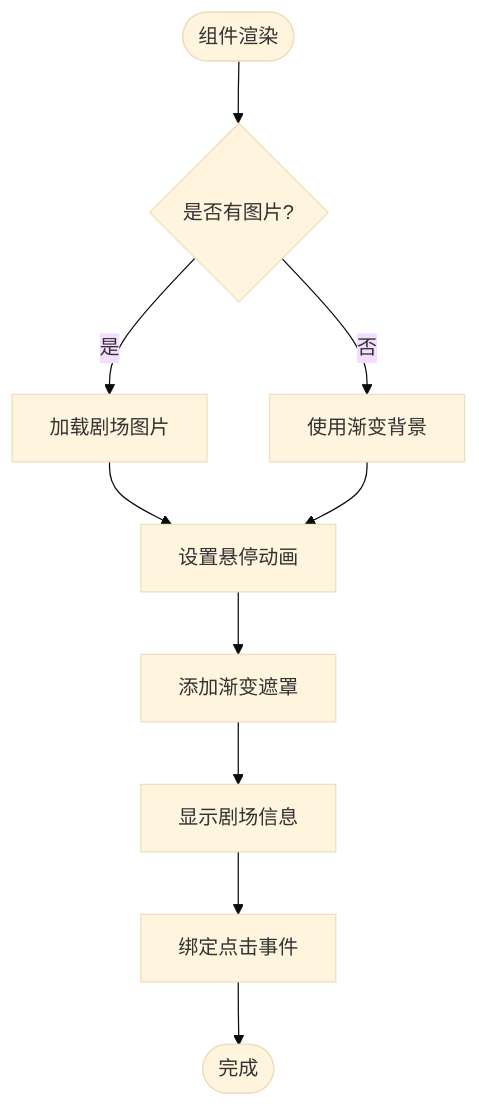
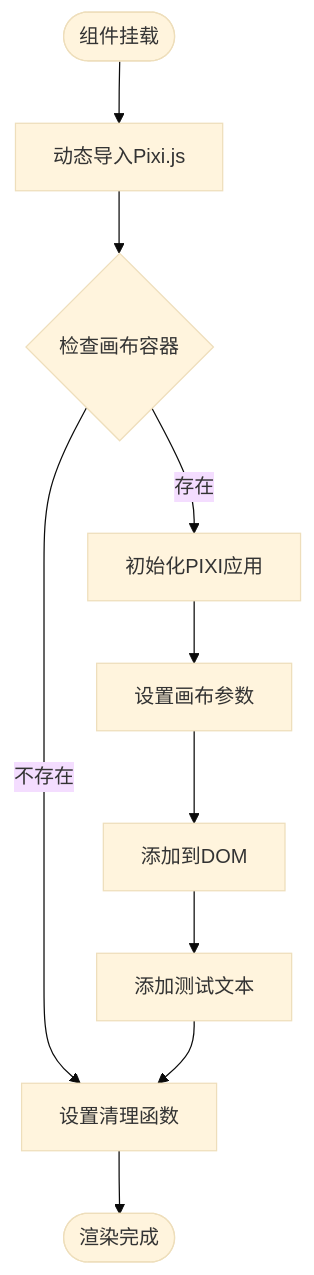
One commit to KunLabAI/KunFlix changed the third of 4 diagrams in .qoder/repowiki/zh/content/前端开发指南/游戏画布渲染系统.md. Above: the diagram before and after it, drawn with Mermaid (base theme). The commit also changed other lines of this file and 88 other files, not shown here.

````diff
--- a/.qoder/repowiki/zh/content/前端开发指南/游戏画布渲染系统.md
+++ b/.qoder/repowiki/zh/content/前端开发指南/游戏画布渲染系统.md
@@ -162,12 +164,12 @@
 ```mermaid
 flowchart TD
-Start(["组件渲染"]) --> CheckImage{"是否有图片?"}
-CheckImage --> |是| LoadImage["加载剧场图片"]
-CheckImage --> |否| GradientBG["使用渐变背景"]
-LoadImage --> HoverEffect["设置悬停动画"]
-GradientBG --> HoverEffect
-HoverEffect --> Overlay["添加渐变遮罩"]
-Overlay --> Content["显示剧场信息"]
-Content --> ClickHandler["绑定点击事件"]
-ClickHandler --> End(["完成"])
+Start(["组件挂载"]) --> DynamicImport["动态导入Pixi.js"]
+DynamicImport --> CheckCanvas{"检查画布容器"}
+CheckCanvas --> |存在| InitApplication["初始化PIXI应用"]
+CheckCanvas --> |不存在| Cleanup["清理并退出"]
+InitApplication --> SetCanvas["设置画布参数"]
+SetCanvas --> AppendCanvas["添加到DOM"]
+AppendCanvas --> AddText["添加测试文本"]
+AddText --> Cleanup["设置清理函数"]
+Cleanup --> End(["渲染完成"])
 ```
````
